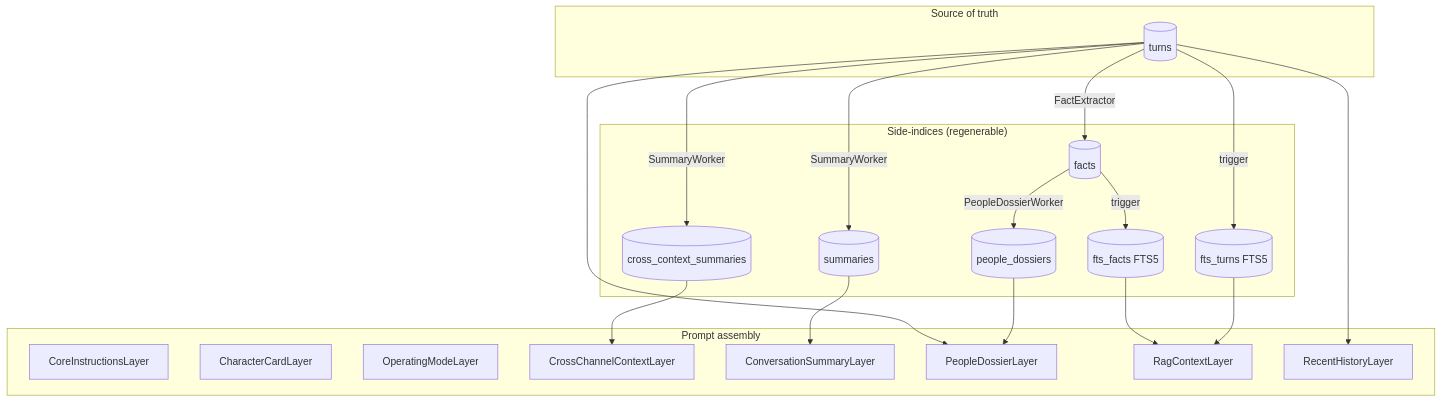
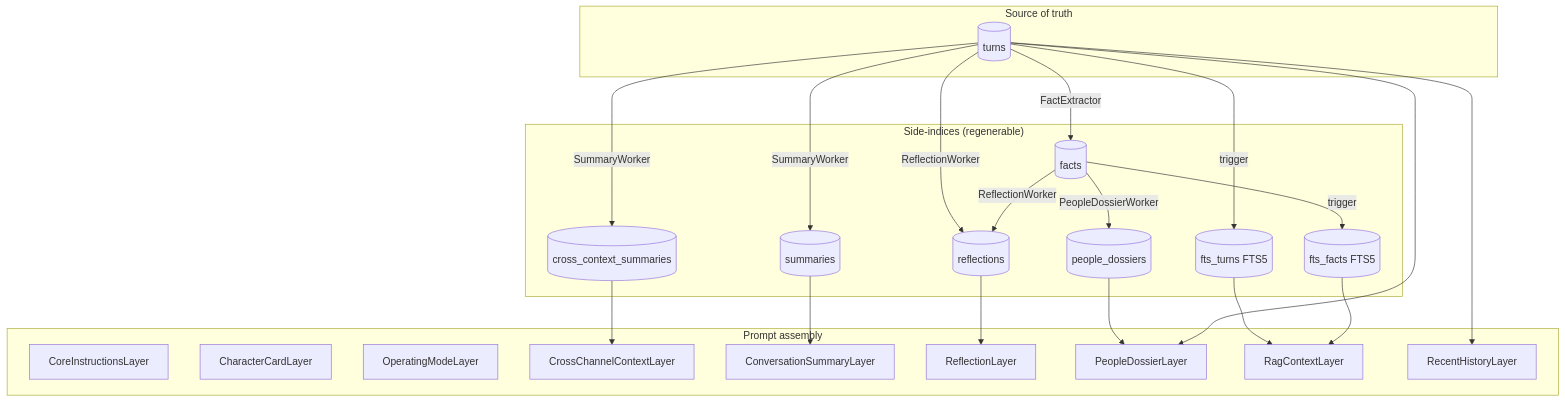
One commit to CorVous/Familiar-Connect changed the diagram in docs/architecture/context-pipeline.md. Above: the diagram before and after it, drawn with Mermaid. The commit also changed other lines of this file and 14 other files, not shown here.

First line of the commit message:
feat: M3 — reflection layer (higher-order syntheses with citations)

````diff
--- a/docs/architecture/context-pipeline.md
+++ b/docs/architecture/context-pipeline.md
@@ -14,41 +14,46 @@
 ```mermaid
 flowchart TB
     subgraph SoT["Source of truth"]
         turns[(turns)]
     end
 
     subgraph Indices["Side-indices (regenerable)"]
         summaries[(summaries)]
         cross[(cross_context_summaries)]
         fts[(fts_turns FTS5)]
         facts[(facts)]
         fts_facts[(fts_facts FTS5)]
         dossiers[(people_dossiers)]
+        reflections[(reflections)]
     end
 
     turns -->|trigger| fts
     turns -->|SummaryWorker| summaries
     turns -->|SummaryWorker| cross
     turns -->|FactExtractor| facts
     facts -->|trigger| fts_facts
     facts -->|PeopleDossierWorker| dossiers
+    turns -->|ReflectionWorker| reflections
+    facts -->|ReflectionWorker| reflections
 
     subgraph Assembler[Prompt assembly]
         core[CoreInstructionsLayer]
         card[CharacterCardLayer]
         mode[OperatingModeLayer]
         xc[CrossChannelContextLayer]
         sum[ConversationSummaryLayer]
+        ref[ReflectionLayer]
         ppl[PeopleDossierLayer]
         rag[RagContextLayer]
         hist[RecentHistoryLayer]
     end
 
     cross --> xc
     summaries --> sum
     dossiers --> ppl
+    reflections --> ref
     fts --> rag
     fts_facts --> rag
     turns --> hist
     turns --> ppl
 ```
````
